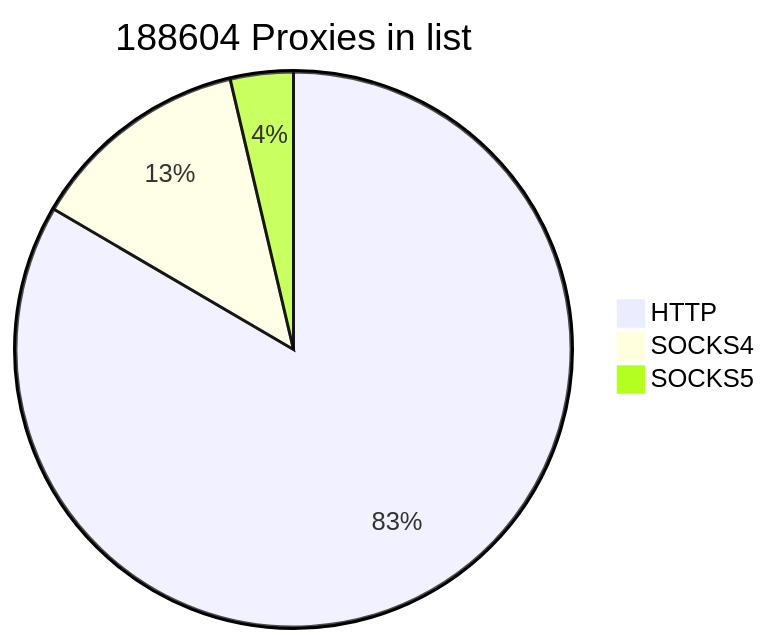
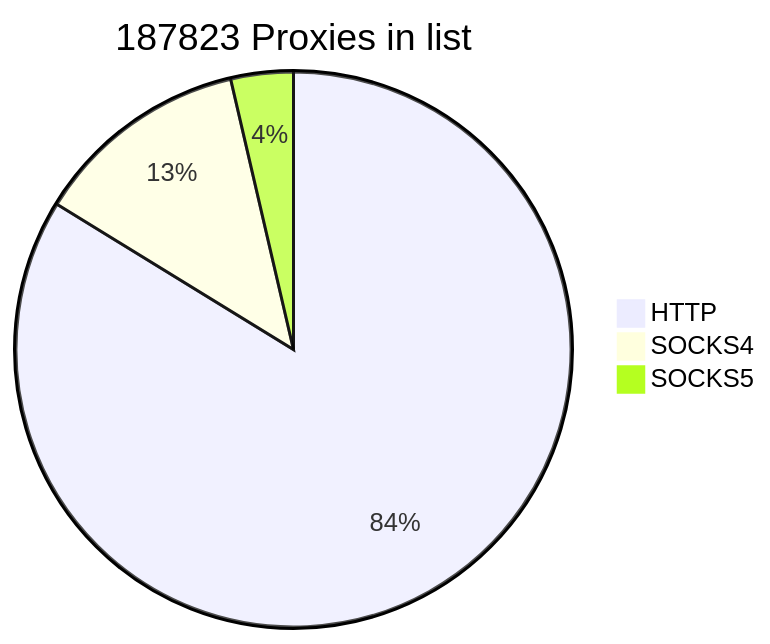
The first of 2 diagrams in README.md (cutipu/proxylist), drawn with Mermaid before and after one commit. The commit also changed other lines of this file, not shown here.

````diff
--- a/README.md
+++ b/README.md
@@ -2,7 +2,7 @@
 ```mermaid
-pie title 188604 Proxies in list
-    "HTTP" : 157359
-    "SOCKS4" : 24339
-    "SOCKS5" : 6906
+pie title 187823 Proxies in list
+    "HTTP" : 157332
+    "SOCKS4" : 23664
+    "SOCKS5" : 6827
             
 ```
````
